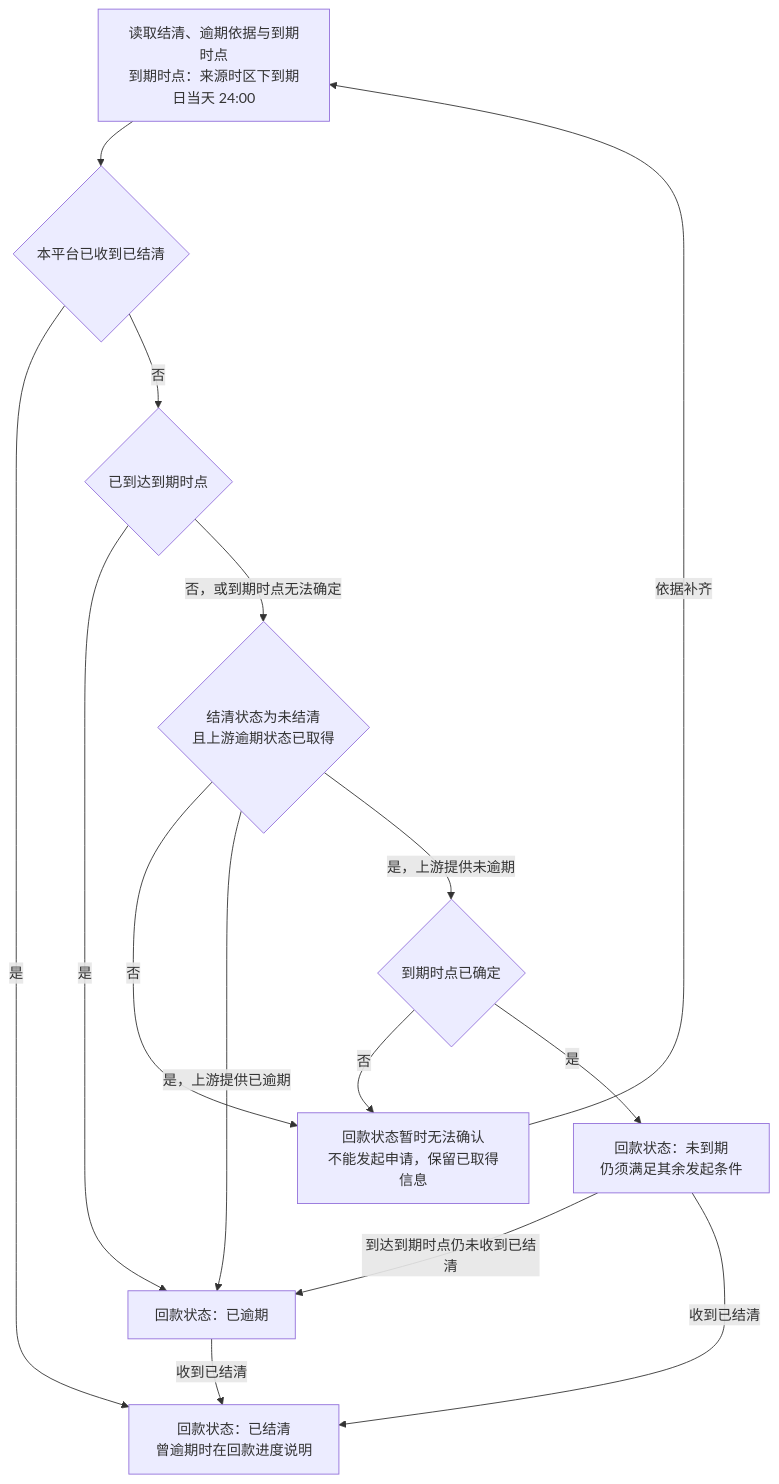
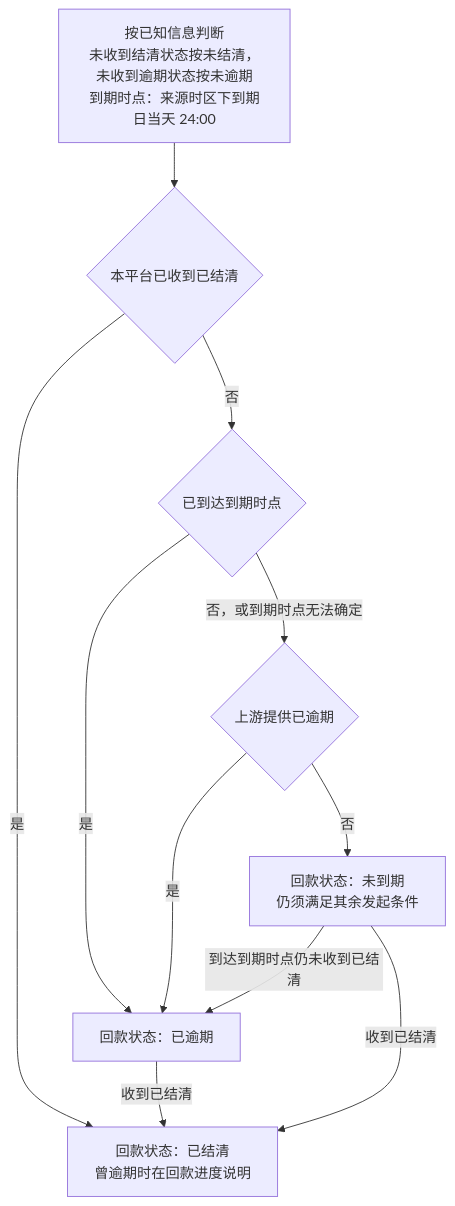
Before and after one commit to wxblockchain/Chain-Financing: the fourth of 6 diagrams in token-issuance-platform/PRD/两端共用/M2-可信资产/02-可信资产-流程图与状态机.md, drawn with Mermaid. The commit also changed other lines of this file and 2 other files, not shown here.

Commit message:
prd(WS-508): show known repayment and issuance status only
Apply the user's ruling: missing settlement status counts as unsettled,
missing overdue status as not overdue, missing repayment records as no
repayment; reaching the due time still means overdue. Repayment status
is always 未到期/已逾期/已结清; no "temporarily unavailable" status,
filter option or blocking reason. Issuance status keeps its previous
value until a new result arrives. Sync fig 2, 4, 5 and AC-AS-14, 17, 37
(acceptance count unchanged, 46).

````diff
--- a/token-issuance-platform/PRD/两端共用/M2-可信资产/02-可信资产-流程图与状态机.md
+++ b/token-issuance-platform/PRD/两端共用/M2-可信资产/02-可信资产-流程图与状态机.md
@@ -65,17 +65,13 @@
 ```mermaid
 flowchart TD
-    A[读取结清、逾期依据与到期时点<br/>到期时点：来源时区下到期日当天 24:00] --> B{本平台已收到已结清}
+    A[按已知信息判断<br/>未收到结清状态按未结清，未收到逾期状态按未逾期<br/>到期时点：来源时区下到期日当天 24:00] --> B{本平台已收到已结清}
     B -->|是| C[回款状态：已结清<br/>曾逾期时在回款进度说明]
     B -->|否| D{已到达到期时点}
     D -->|是| E[回款状态：已逾期]
-    D -->|否，或到期时点无法确定| F{结清状态为未结清<br/>且上游逾期状态已取得}
-    F -->|否| X[回款状态暂时无法确认<br/>不能发起申请，保留已取得信息]
-    F -->|是，上游提供已逾期| E
-    F -->|是，上游提供未逾期| H{到期时点已确定}
-    H -->|否| X
-    H -->|是| G[回款状态：未到期<br/>仍须满足其余发起条件]
+    D -->|否，或到期时点无法确定| F{上游提供已逾期}
+    F -->|是| E
+    F -->|否| G[回款状态：未到期<br/>仍须满足其余发起条件]
     G -->|到达到期时点仍未收到已结清| E
     G -->|收到已结清| C
     E -->|收到已结清| C
-    X -->|依据补齐| A
 ```
````
